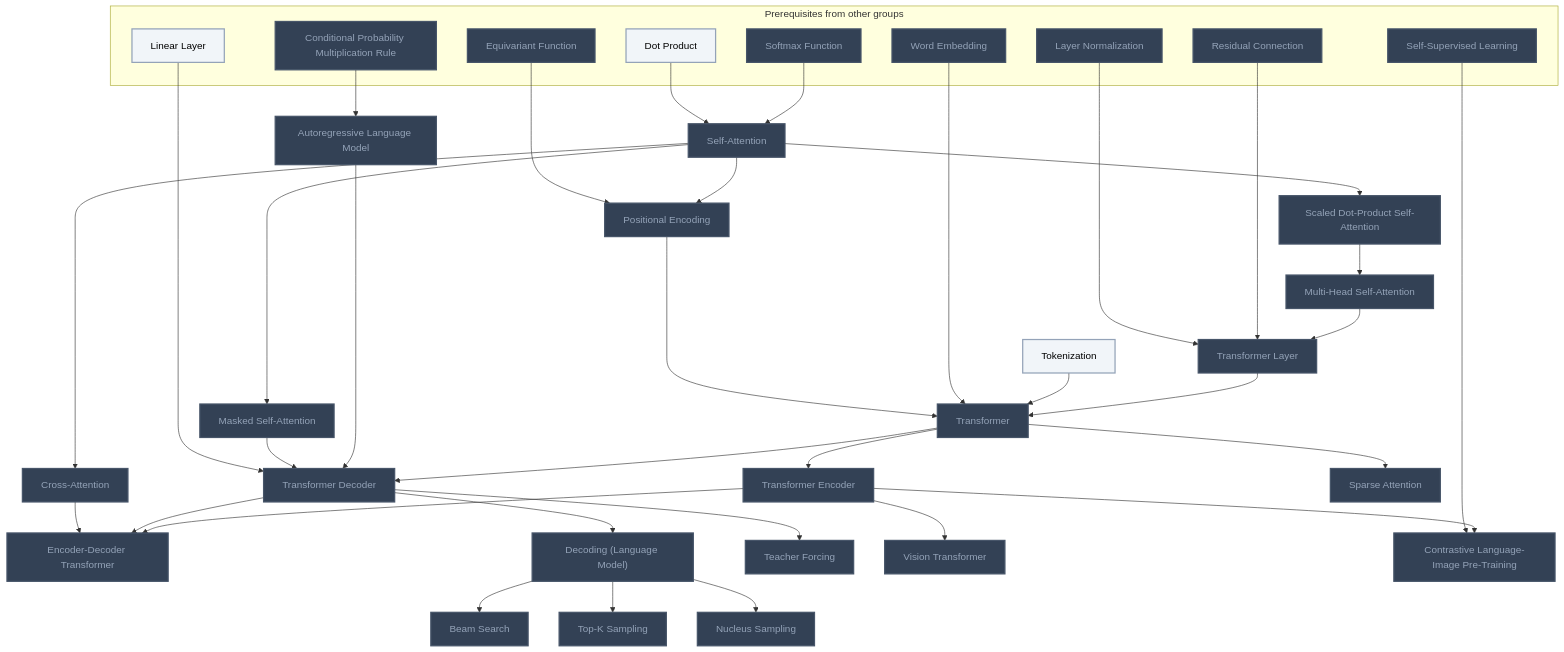
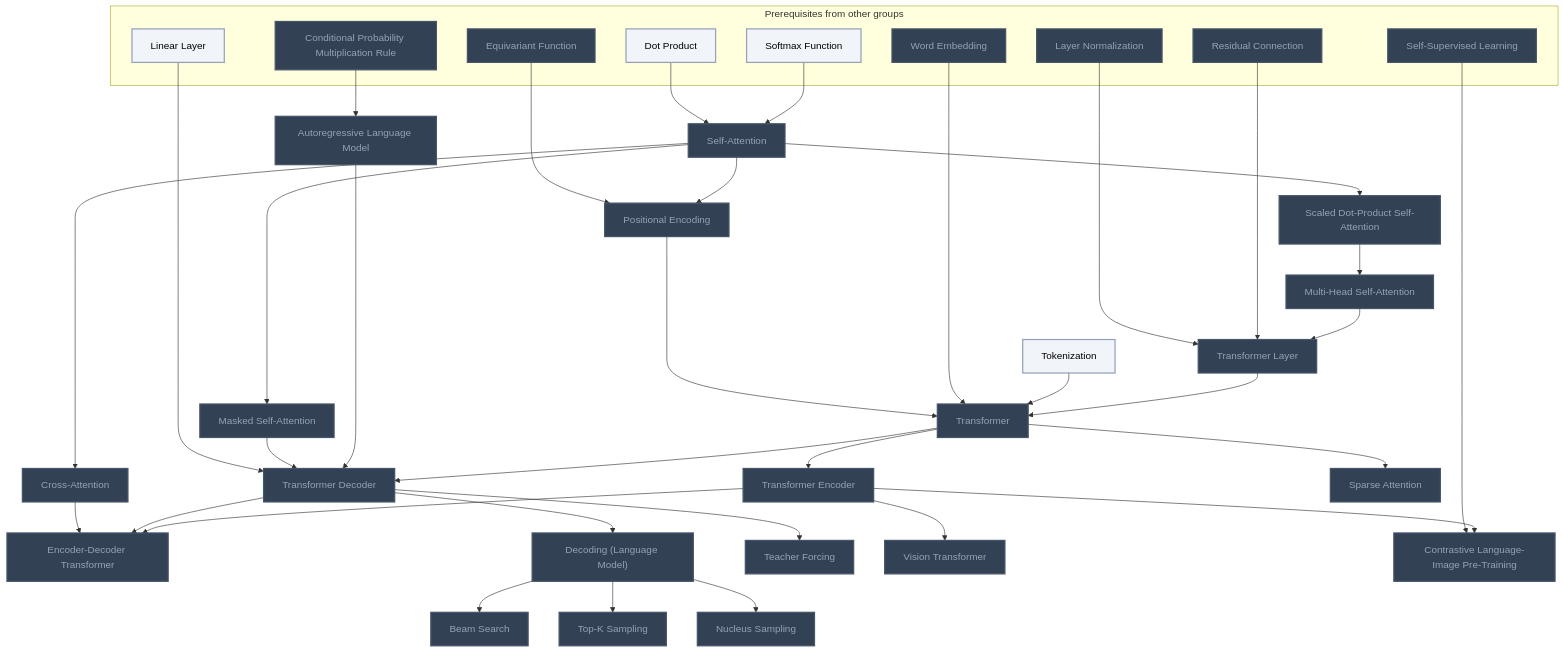
Before and after one commit to MRauf1/My-Notes: diagram 11 of 21 in Gamification/Skill Trees/Deep Learning.md, drawn with Mermaid. The commit also changed other lines of this file and 42 other files, not shown here.

````diff
--- a/Gamification/Skill Trees/Deep Learning.md
+++ b/Gamification/Skill Trees/Deep Learning.md
@@ -574,80 +575,80 @@
 ```mermaid
 flowchart TD
     classDef planned fill:#1E293B,stroke:#64748B,stroke-width:2px,stroke-dasharray:5 5,color:#94A3B8;
     classDef locked fill:#334155,stroke:#475569,stroke-width:2px,color:#94A3B8;
     classDef L0 fill:#F1F5F9,stroke:#94A3B8,stroke-width:2px,color:#000000;
     classDef L1 fill:#22C55E,stroke:#15803D,stroke-width:2px,color:#000000;
     classDef L2 fill:#3B82F6,stroke:#1D4ED8,stroke-width:3px,color:#FFFFFF;
     classDef L3 fill:#A855F7,stroke:#6B21A8,stroke-width:3px,color:#FFFFFF,font-weight:bold;
     classDef L4 fill:#F97316,stroke:#C2410C,stroke-width:4px,color:#000000,font-weight:bold;
     classDef L5 fill:#FFD700,stroke:#FF8C00,stroke-width:5px,color:#000000,font-weight:bold;
     classDef rusty stroke:#8B4513,stroke-width:4px,stroke-dasharray:3 3;
     subgraph sg_prereqs["Prerequisites from other groups"]
         n_softmax_function["Softmax Function"]
         n_dot_product["Dot Product"]
         n_equivariant_function["Equivariant Function"]
         n_residual_connection["Residual Connection"]
         n_layer_normalization["Layer Normalization"]
         n_word_embedding["Word Embedding"]
         n_conditional_probability_multiplication_rule["Conditional Probability Multiplication Rule"]
         n_linear_layer["Linear Layer"]
         n_self_supervised_learning["Self-Supervised Learning"]
     end
     n_self_attention["Self-Attention"]
     n_scaled_dot_product_self_attention["Scaled Dot-Product Self-Attention"]
     n_multi_head_self_attention["Multi-Head Self-Attention"]
     n_masked_self_attention["Masked Self-Attention"]
     n_cross_attention["Cross-Attention"]
     n_positional_encoding["Positional Encoding"]
     n_tokenization["Tokenization"]
     n_transformer_layer["Transformer Layer"]
     n_transformer["Transformer"]
     n_transformer_encoder["Transformer Encoder"]
     n_autoregressive_language_model["Autoregressive Language Model"]
     n_transformer_decoder["Transformer Decoder"]
     n_encoder_decoder_transformer["Encoder-Decoder Transformer"]
     n_decoding_language_model["Decoding (Language Model)"]
     n_beam_search["Beam Search"]
     n_top_k_sampling["Top-K Sampling"]
     n_nucleus_sampling["Nucleus Sampling"]
     n_teacher_forcing["Teacher Forcing"]
     n_sparse_attention["Sparse Attention"]
     n_vision_transformer["Vision Transformer"]
     n_contrastive_language_image_pre_training["Contrastive Language-Image Pre-Training"]
     n_softmax_function --> n_self_attention
     n_dot_product --> n_self_attention
     n_self_attention --> n_scaled_dot_product_self_attention
     n_scaled_dot_product_self_attention --> n_multi_head_self_attention
     n_self_attention --> n_masked_self_attention
     n_self_attention --> n_cross_attention
     n_self_attention --> n_positional_encoding
     n_equivariant_function --> n_positional_encoding
     n_multi_head_self_attention --> n_transformer_layer
     n_residual_connection --> n_transformer_layer
     n_layer_normalization --> n_transformer_layer
     n_transformer_layer --> n_transformer
     n_tokenization --> n_transformer
     n_word_embedding --> n_transformer
     n_positional_encoding --> n_transformer
     n_transformer --> n_transformer_encoder
     n_conditional_probability_multiplication_rule --> n_autoregressive_language_model
     n_transformer --> n_transformer_decoder
     n_autoregressive_language_model --> n_transformer_decoder
     n_masked_self_attention --> n_transformer_decoder
     n_linear_layer --> n_transformer_decoder
     n_transformer_encoder --> n_encoder_decoder_transformer
     n_transformer_decoder --> n_encoder_decoder_transformer
     n_cross_attention --> n_encoder_decoder_transformer
     n_transformer_decoder --> n_decoding_language_model
     n_decoding_language_model --> n_beam_search
     n_decoding_language_model --> n_top_k_sampling
     n_decoding_language_model --> n_nucleus_sampling
     n_transformer_decoder --> n_teacher_forcing
     n_transformer --> n_sparse_attention
     n_transformer_encoder --> n_vision_transformer
     n_transformer_encoder --> n_contrastive_language_image_pre_training
     n_self_supervised_learning --> n_contrastive_language_image_pre_training
-    class n_softmax_function,n_equivariant_function,n_residual_connection,n_layer_normalization,n_word_embedding,n_conditional_probability_multiplication_rule,n_self_supervised_learning,n_self_attention,n_scaled_dot_product_self_attention,n_multi_head_self_attention,n_masked_self_attention,n_cross_attention,n_positional_encoding,n_transformer_layer,n_transformer,n_transformer_encoder,n_autoregressive_language_model,n_transformer_decoder,n_encoder_decoder_transformer,n_decoding_language_model,n_beam_search,n_top_k_sampling,n_nucleus_sampling,n_teacher_forcing,n_sparse_attention,n_vision_transformer,n_contrastive_language_image_pre_training locked;
-    class n_dot_product,n_linear_layer,n_tokenization L0;
+    class n_equivariant_function,n_residual_connection,n_layer_normalization,n_word_embedding,n_conditional_probability_multiplication_rule,n_self_supervised_learning,n_self_attention,n_scaled_dot_product_self_attention,n_multi_head_self_attention,n_masked_self_attention,n_cross_attention,n_positional_encoding,n_transformer_layer,n_transformer,n_transformer_encoder,n_autoregressive_language_model,n_transformer_decoder,n_encoder_decoder_transformer,n_decoding_language_model,n_beam_search,n_top_k_sampling,n_nucleus_sampling,n_teacher_forcing,n_sparse_attention,n_vision_transformer,n_contrastive_language_image_pre_training locked;
+    class n_softmax_function,n_dot_product,n_linear_layer,n_tokenization L0;
     class n_softmax_function,n_dot_product,n_equivariant_function,n_residual_connection,n_layer_normalization,n_word_embedding,n_conditional_probability_multiplication_rule,n_linear_layer,n_self_supervised_learning,n_self_attention,n_scaled_dot_product_self_attention,n_multi_head_self_attention,n_masked_self_attention,n_cross_attention,n_positional_encoding,n_tokenization,n_transformer_layer,n_transformer,n_transformer_encoder,n_autoregressive_language_model,n_transformer_decoder,n_encoder_decoder_transformer,n_decoding_language_model,n_beam_search,n_top_k_sampling,n_nucleus_sampling,n_teacher_forcing,n_sparse_attention,n_vision_transformer,n_contrastive_language_image_pre_training internal-link;
 ```
````
